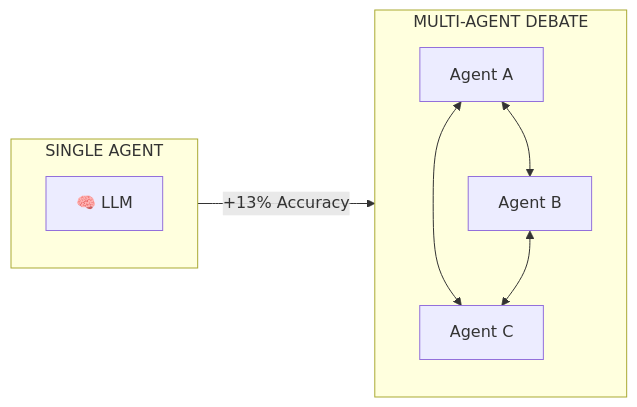
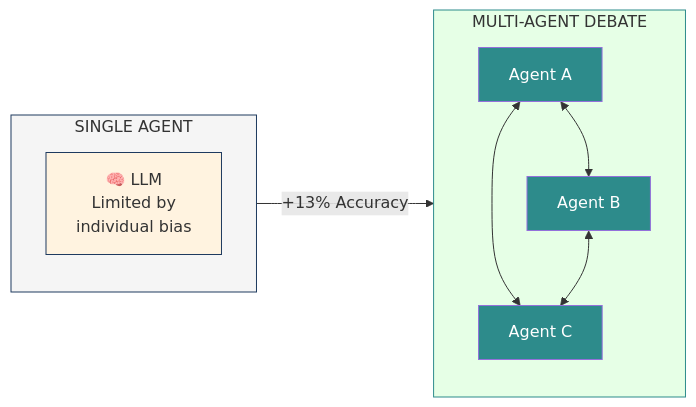
One commit to mikenk2010/COSC3009-Intelligent-Decision-Making-Advanced-IDM-Algorithm-Design changed the second of 19 diagrams in PRESENTATION_OUTLINE.md. Above: the diagram before and after it, drawn with Mermaid. The commit also changed other lines of this file, not shown here.

````diff
--- a/PRESENTATION_OUTLINE.md
+++ b/PRESENTATION_OUTLINE.md
@@ -73,14 +86,21 @@
 ```mermaid
 flowchart LR
     subgraph Single["SINGLE AGENT"]
-        LLM["🧠 LLM"]
+        LLM["🧠 LLM<br/>Limited by<br/>individual bias"]
     end
 
     subgraph Multi["MULTI-AGENT DEBATE"]
         A["Agent A"] <--> B["Agent B"]
         A <--> C["Agent C"]
         B <--> C
     end
 
     Single -->|"+13% Accuracy"| Multi
+
+    style Single fill:#f5f5f5,stroke:#1e3a5f
+    style Multi fill:#e6ffe6,stroke:#2d8b8b
+    style LLM fill:#fff3e0,stroke:#1e3a5f
+    style A fill:#2d8b8b,color:#fff
+    style B fill:#2d8b8b,color:#fff
+    style C fill:#2d8b8b,color:#fff
 ```
````
